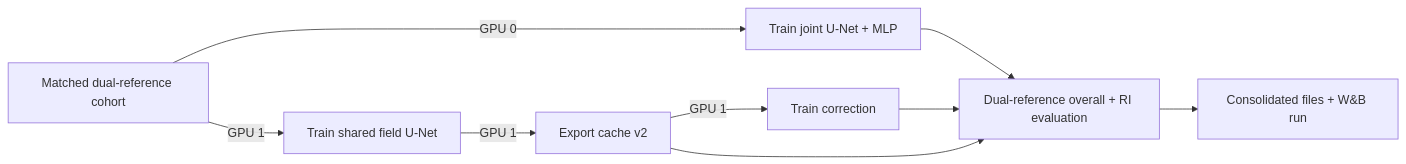
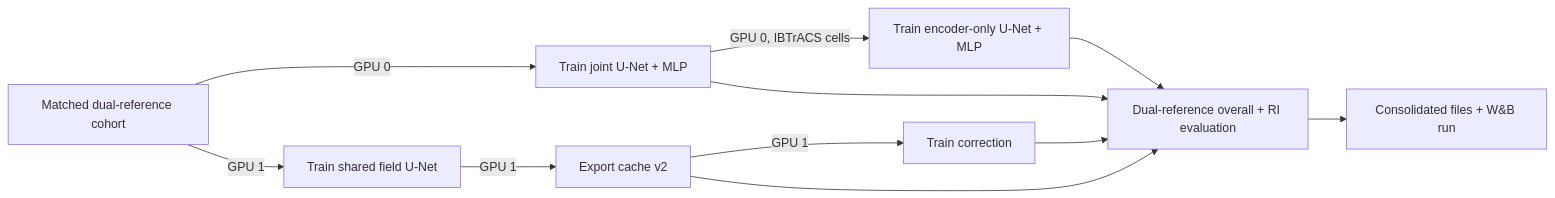
One commit to simon-donike/geo2wf changed the diagram in docs/experiments/intensity-comparison.md. Above: the diagram before and after it, drawn with Mermaid. The commit also changed other lines of this file and 18 other files, not shown here.

````diff
--- a/docs/experiments/intensity-comparison.md
+++ b/docs/experiments/intensity-comparison.md
@@ -64,12 +69,14 @@
 ```mermaid
 flowchart LR
   D[Matched dual-reference cohort]
   D -->|GPU 0| J[Train joint U-Net + MLP]
   D -->|GPU 1| U[Train shared field U-Net]
   U -->|GPU 1| C[Export cache v2]
   C -->|GPU 1| R[Train correction]
+  J -->|GPU 0, IBTrACS cells| I[Train encoder-only U-Net + MLP]
   J --> E[Dual-reference overall + RI evaluation]
   R --> E
+  I --> E
   C --> E
   E --> W[Consolidated files + W&B run]
 ```
````
